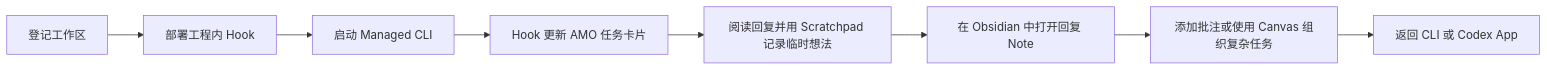
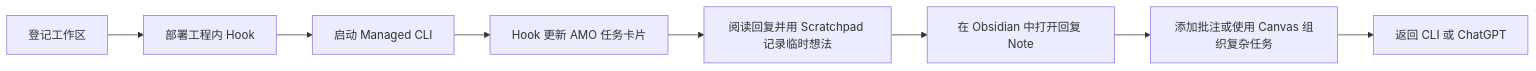
One commit to kadhygh/AgentMonitorOverlay changed the diagram in README.md. Above: the diagram before and after it, drawn with Mermaid. The commit also changed other lines of this file and 22 other files, not shown here.

Commit message:
fix: open ChatGPT workspace tasks through native deep links

````diff
--- a/README.md
+++ b/README.md
@@ -58,10 +58,10 @@
 ```mermaid
 flowchart LR
     A["登记工作区"] --> B["部署工程内 Hook"]
     B --> C["启动 Managed CLI"]
     C --> D["Hook 更新 AMO 任务卡片"]
     D --> E["阅读回复并用 Scratchpad 记录临时想法"]
     E --> F["在 Obsidian 中打开回复 Note"]
     F --> G["添加批注或使用 Canvas 组织复杂任务"]
-    G --> H["返回 CLI 或 Codex App"]
+    G --> H["返回 CLI 或 ChatGPT"]
 ```
````
